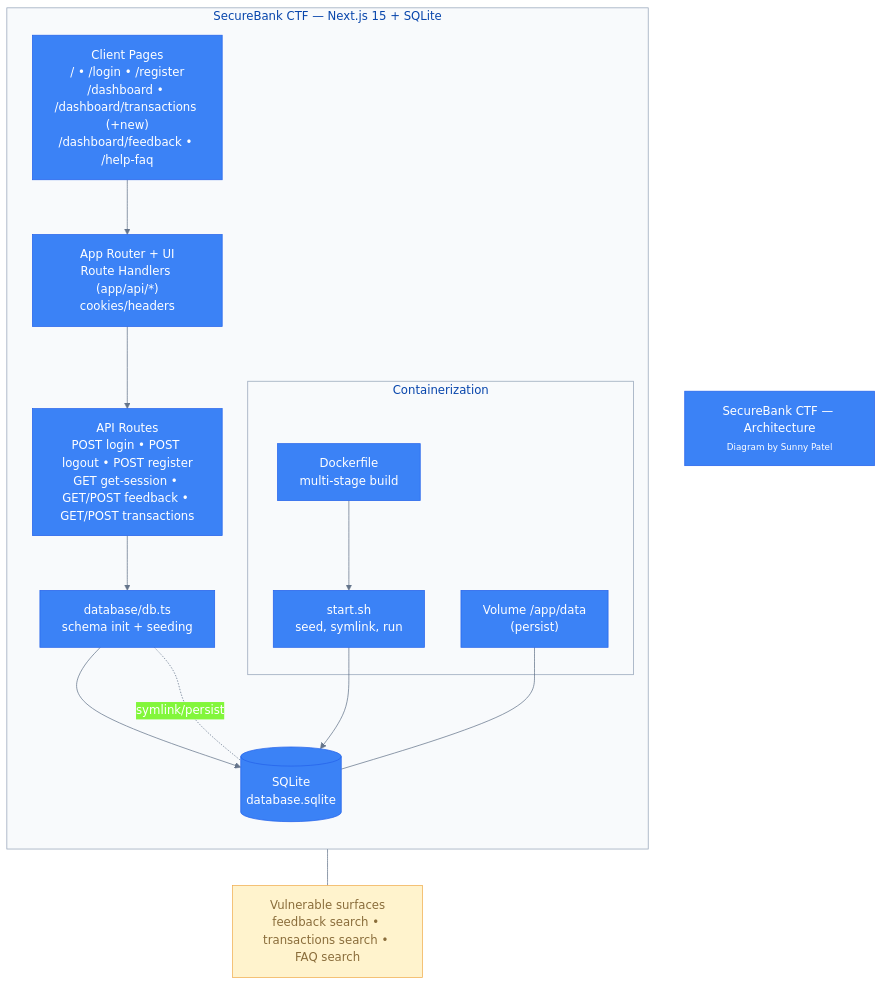
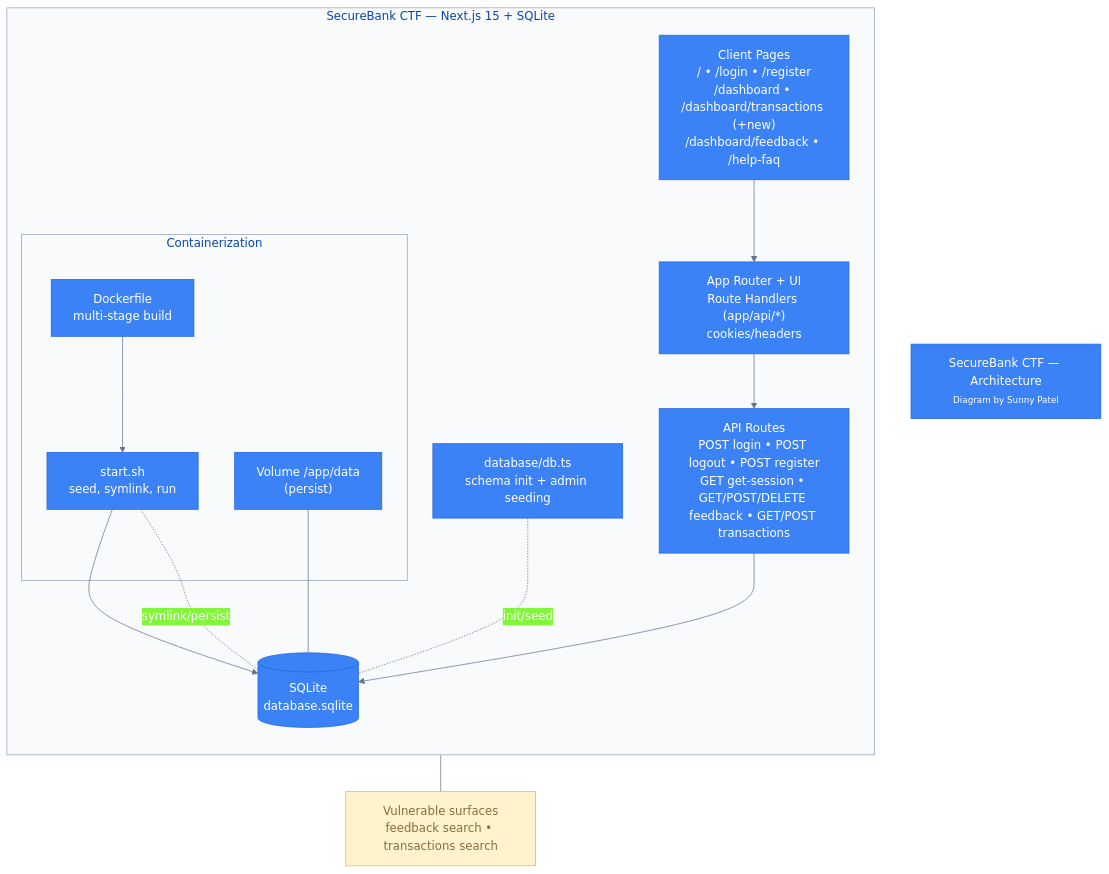
Before and after one commit to sunnypatell/securebank-ctf: the first of 3 diagrams in README.md, drawn with Mermaid. The commit also changed other lines of this file, not shown here.

First line of the commit message:
docs(readme)!: add database ER diagram and login sequence diagram

````diff
--- a/README.md
+++ b/README.md
@@ -156,40 +156,41 @@
 ```mermaid
 %%{init: {
    "theme": "base",
    "themeVariables": {
       "primaryColor": "#3B82F6",
       "primaryBorderColor": "#2563EB",
       "primaryTextColor": "#ffffff",
       "clusterBkg": "#F8FAFC",
       "clusterBorder": "#94A3B8",
       "lineColor": "#64748B"
    }
 }}%%
 flowchart TB
    Title["SecureBank CTF — Architecture<br/><span style='font-size:12px'>Diagram by Sunny Patel</span>"]
   subgraph App["SecureBank CTF — Next.js 15 + SQLite"]
     direction TB
     Client["Client Pages<br/>/ • /login • /register<br/>/dashboard • /dashboard/transactions (+new)<br/>/dashboard/feedback • /help-faq"]
     Server["App Router + UI<br/>Route Handlers (app/api/*)<br/>cookies/headers"]
-    API["API Routes<br/>POST login • POST logout • POST register<br/>GET get-session • GET/POST feedback • GET/POST transactions"]
-    DBInit["database/db.ts<br/>schema init + seeding"]
+   API["API Routes<br/>POST login • POST logout • POST register<br/>GET get-session • GET/POST/DELETE feedback • GET/POST transactions"]
+   DBInit["database/db.ts<br/>schema init + admin seeding"]
     SQLite[("SQLite<br/>database.sqlite")]
 
-    Client --> Server --> API --> DBInit --> SQLite
-    DBInit -. symlink/persist .- SQLite
+   Client --> Server --> API --> SQLite
+   DBInit -. init/seed .- SQLite
 
     subgraph Container["Containerization"]
       Dockerfile["Dockerfile<br/>multi-stage build"]
       Start["start.sh<br/>seed, symlink, run"]
       Volume["Volume /app/data<br/>(persist)"]
     end
-    Dockerfile --> Start --> SQLite
-    Volume --- SQLite
+   Dockerfile --> Start --> SQLite
+   Volume --- SQLite
+   Start -. symlink/persist .- SQLite
   end
 
   classDef vuln fill:#fff3cd,stroke:#f0ad4e,color:#8a6d3b;
    classDef title fill:#F8FAFC,stroke:#2563EB,color:#0F172A;
-  V1["Vulnerable surfaces<br/>feedback search • transactions search • FAQ search"]:::vuln
+   V1["Vulnerable surfaces<br/>feedback search • transactions search"]:::vuln
   API --- V1
    Title
 ```
````
